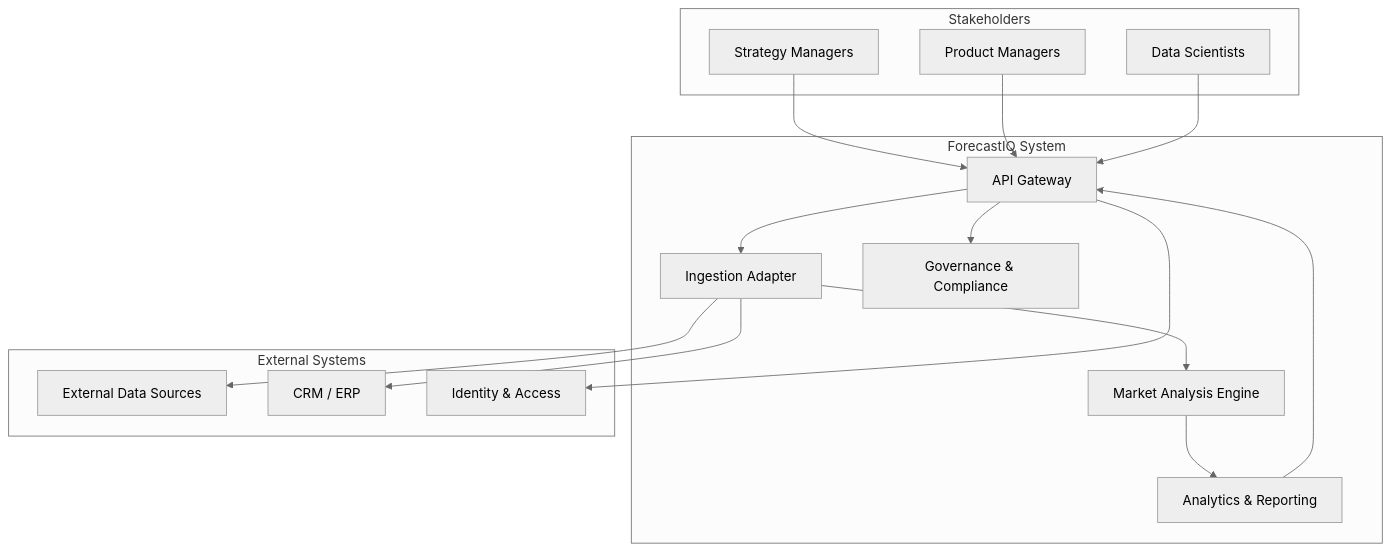
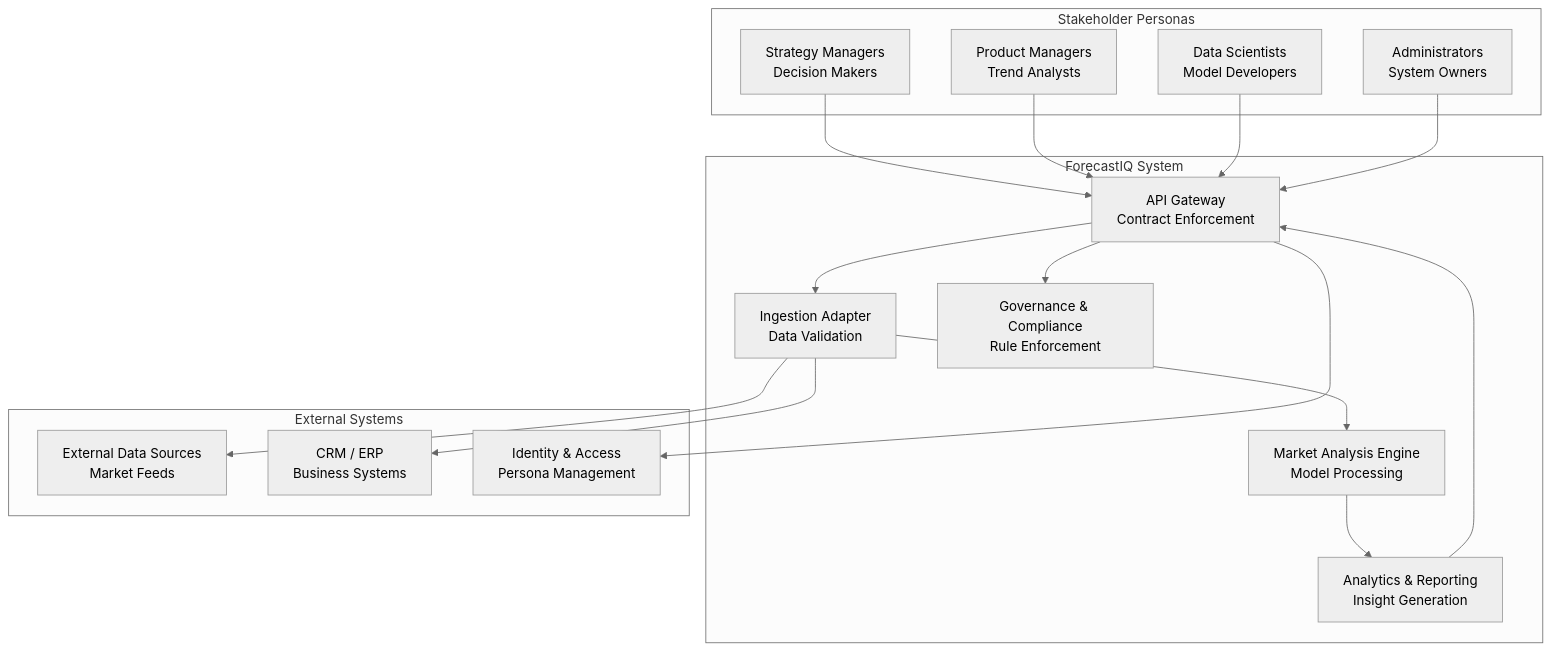
The second of 7 diagrams in .qoder/repowiki/en/content/Business Requirements & Analysis.md (od3n/forecastiq), drawn with Mermaid (neutral theme) before and after one commit. The commit also changed other lines of this file and 3 other files, not shown here.

````diff
--- a/.qoder/repowiki/en/content/Business Requirements & Analysis.md
+++ b/.qoder/repowiki/en/content/Business Requirements & Analysis.md
@@ -88,31 +152,33 @@
 ```mermaid
 graph TB
-subgraph "Stakeholders"
-SM["Strategy Managers"]
-PM["Product Managers"]
-DS["Data Scientists"]
+subgraph "Stakeholder Personas"
+SM["Strategy Managers<br/>Decision Makers"]
+PM["Product Managers<br/>Trend Analysts"]
+DS["Data Scientists<br/>Model Developers"]
+ADM["Administrators<br/>System Owners"]
 end
 subgraph "ForecastIQ System"
-API["API Gateway"]
-IA["Ingestion Adapter"]
-MA["Market Analysis Engine"]
-AR["Analytics & Reporting"]
-GOV["Governance & Compliance"]
+API["API Gateway<br/>Contract Enforcement"]
+IA["Ingestion Adapter<br/>Data Validation"]
+MA["Market Analysis Engine<br/>Model Processing"]
+AR["Analytics & Reporting<br/>Insight Generation"]
+GOV["Governance & Compliance<br/>Rule Enforcement"]
 end
 subgraph "External Systems"
-ED["External Data Sources"]
-CRM["CRM / ERP"]
-AUTH["Identity & Access"]
+ED["External Data Sources<br/>Market Feeds"]
+CRM["CRM / ERP<br/>Business Systems"]
+AUTH["Identity & Access<br/>Persona Management"]
 end
 SM --> API
 PM --> API
 DS --> API
+ADM --> API
 API --> IA
 IA --> MA
 MA --> AR
 AR --> API
 API --> GOV
 IA --> ED
 IA --> CRM
 API --> AUTH
 ```
````
